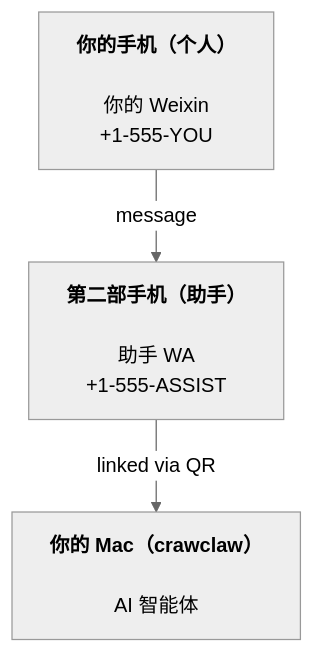
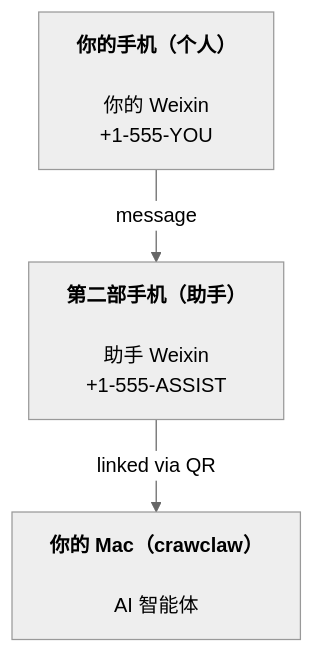
One commit to qianleigood/crawclaw changed the diagram in docs/zh-CN/start/crawclaw.md. Above: the diagram before and after it, drawn with Mermaid (neutral theme). The commit also changed other lines of this file and 5 other files, not shown here.

````diff
--- a/docs/zh-CN/start/crawclaw.md
+++ b/docs/zh-CN/start/crawclaw.md
@@ -43,5 +43,5 @@
 ```mermaid
 flowchart TB
-    A["<b>你的手机（个人）<br></b><br>你的 Weixin<br>+1-555-YOU"] -- message --> B["<b>第二部手机（助手）<br></b><br>助手 WA<br>+1-555-ASSIST"]
+    A["<b>你的手机（个人）<br></b><br>你的 Weixin<br>+1-555-YOU"] -- message --> B["<b>第二部手机（助手）<br></b><br>助手 Weixin<br>+1-555-ASSIST"]
     B -- linked via QR --> C["<b>你的 Mac（crawclaw）<br></b><br>AI 智能体"]
 ```
````
